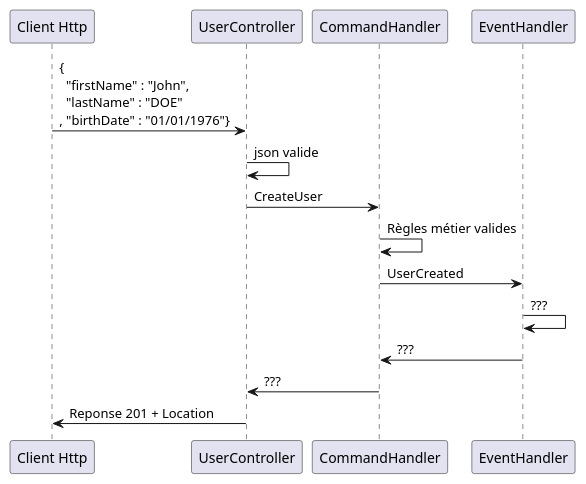
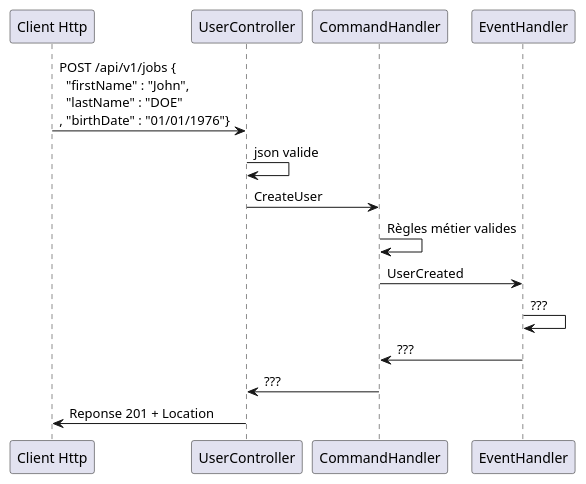
One commit to CQRSESCQFD/slides changed the diagram in schemas/3-from-http-to-command.puml. Above: the diagram before and after it, drawn with PlantUML. The commit also changed 8 other files, not shown here.

```diff
--- a/schemas/3-from-http-to-command.puml
+++ b/schemas/3-from-http-to-command.puml
@@ -1,19 +1,19 @@
 @startuml
 
 participant "Client Http"
 participant UserController
 participant CommandHandler
 participant EventHandler
 
-"Client Http"-> UserController : {\n  "firstName" : "John", \n  "lastName" : "DOE"\n, "birthDate" : "01/01/1976"}
+"Client Http"-> UserController : POST /api/v1/jobs {\n  "firstName" : "John", \n  "lastName" : "DOE"\n, "birthDate" : "01/01/1976"}
 
 UserController->UserController : json valide
 UserController-> CommandHandler : CreateUser
 CommandHandler -> CommandHandler : Règles métier valides
 CommandHandler -> EventHandler : UserCreated
 EventHandler -> EventHandler : ???
 EventHandler -> CommandHandler : ???
 CommandHandler -> UserController : ???
 UserController -> "Client Http" : Reponse 201 + Location
 
 @enduml
```
